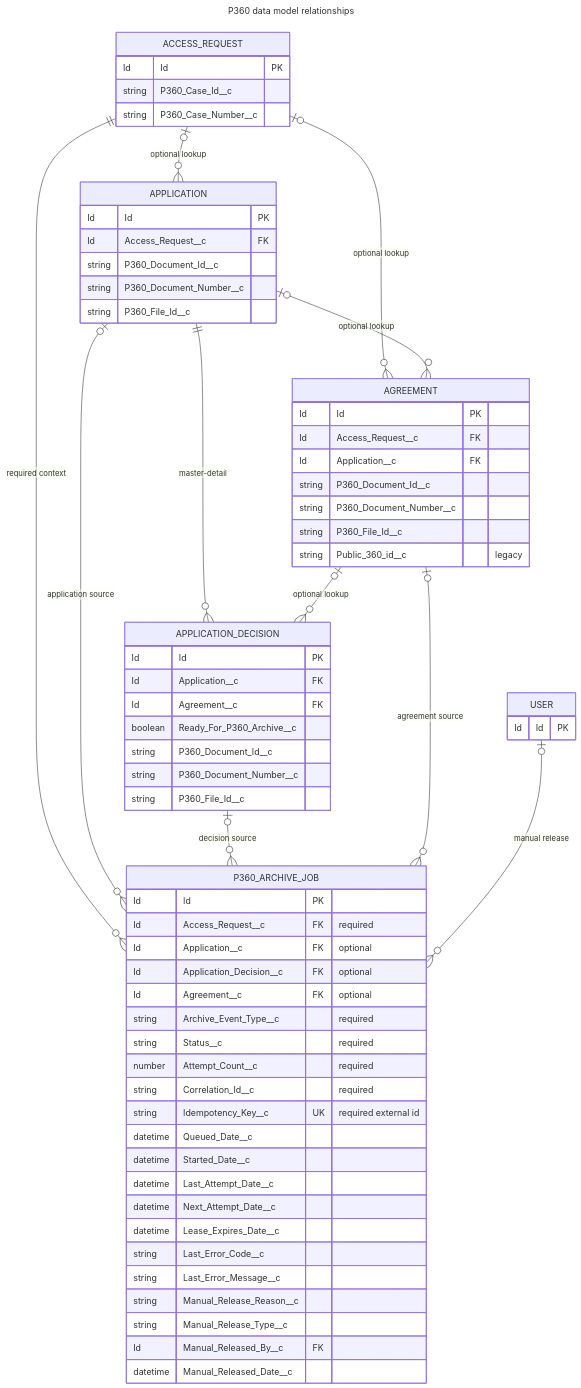
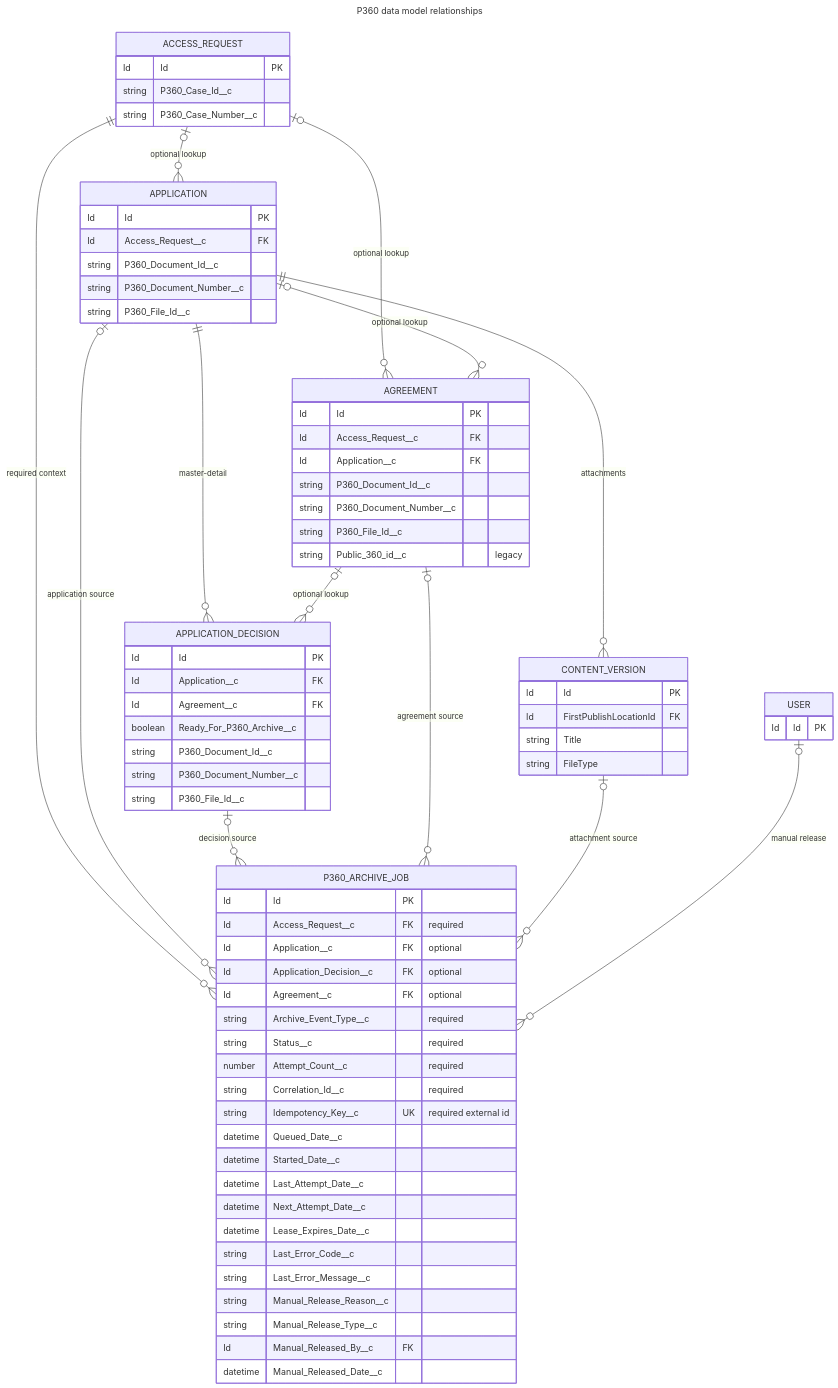
One commit to navikt/crm-arbeidsforhold changed the diagram in docs/architecture/p360-data-model-relationships.mmd. Above: the diagram before and after it, drawn with Mermaid. The commit also changed 12 other files, not shown here.

Commit message:
docs(p360): update architecture diagrams and add class diagram

```diff
--- a/docs/architecture/p360-data-model-relationships.mmd
+++ b/docs/architecture/p360-data-model-relationships.mmd
@@ -1,77 +1,86 @@
 ---
 title: P360 data model relationships
 ---
 erDiagram
     ACCESS_REQUEST o|--o{ APPLICATION : "optional lookup"
     ACCESS_REQUEST o|--o{ AGREEMENT : "optional lookup"
     APPLICATION ||--o{ APPLICATION_DECISION : "master-detail"
     APPLICATION o|--o{ AGREEMENT : "optional lookup"
     AGREEMENT o|--o{ APPLICATION_DECISION : "optional lookup"
+    APPLICATION ||--o{ CONTENT_VERSION : "attachments"
 
     ACCESS_REQUEST ||--o{ P360_ARCHIVE_JOB : "required context"
     APPLICATION o|--o{ P360_ARCHIVE_JOB : "application source"
     APPLICATION_DECISION o|--o{ P360_ARCHIVE_JOB : "decision source"
     AGREEMENT o|--o{ P360_ARCHIVE_JOB : "agreement source"
+    CONTENT_VERSION o|--o{ P360_ARCHIVE_JOB : "attachment source"
     USER o|--o{ P360_ARCHIVE_JOB : "manual release"
 
     USER {
         Id Id PK
     }
 
     ACCESS_REQUEST {
         Id Id PK
         string P360_Case_Id__c
         string P360_Case_Number__c
     }
 
     APPLICATION {
         Id Id PK
         Id Access_Request__c FK
         string P360_Document_Id__c
         string P360_Document_Number__c
         string P360_File_Id__c
+    }
+
+    CONTENT_VERSION {
+        Id Id PK
+        Id FirstPublishLocationId FK
+        string Title
+        string FileType
     }
 
     APPLICATION_DECISION {
         Id Id PK
         Id Application__c FK
         Id Agreement__c FK
         boolean Ready_For_P360_Archive__c
         string P360_Document_Id__c
         string P360_Document_Number__c
         string P360_File_Id__c
     }
 
     AGREEMENT {
         Id Id PK
         Id Access_Request__c FK
         Id Application__c FK
         string P360_Document_Id__c
         string P360_Document_Number__c
         string P360_File_Id__c
         string Public_360_id__c "legacy"
     }
 
     P360_ARCHIVE_JOB {
         Id Id PK
         Id Access_Request__c FK "required"
         Id Application__c FK "optional"
         Id Application_Decision__c FK "optional"
         Id Agreement__c FK "optional"
         string Archive_Event_Type__c "required"
         string Status__c "required"
         number Attempt_Count__c "required"
         string Correlation_Id__c "required"
         string Idempotency_Key__c UK "required external id"
         datetime Queued_Date__c
         datetime Started_Date__c
         datetime Last_Attempt_Date__c
         datetime Next_Attempt_Date__c
         datetime Lease_Expires_Date__c
         string Last_Error_Code__c
         string Last_Error_Message__c
         string Manual_Release_Reason__c
         string Manual_Release_Type__c
         Id Manual_Released_By__c FK
         datetime Manual_Released_Date__c
     }
```
